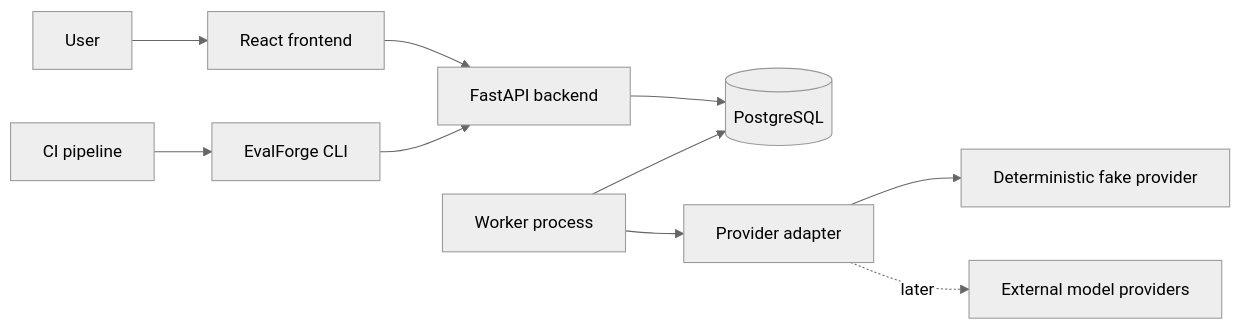
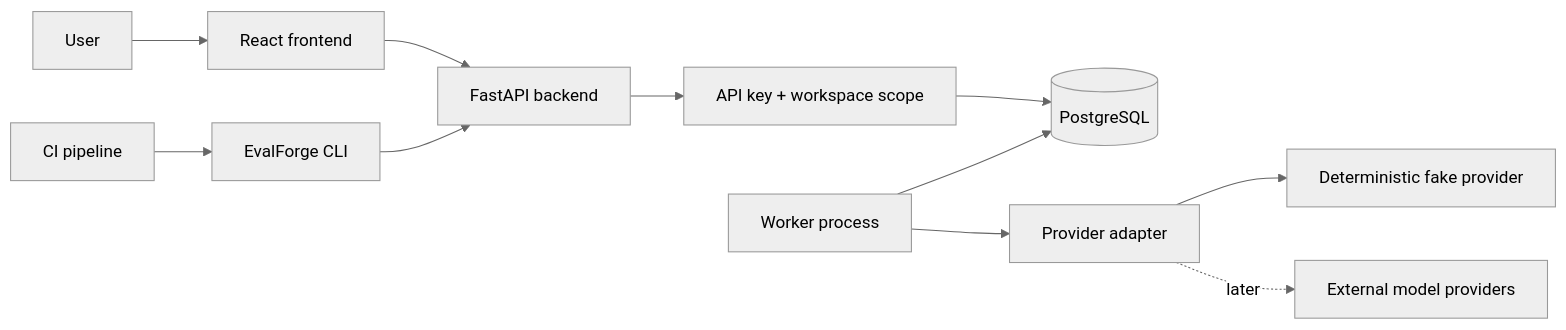
The first of 2 diagrams in docs/architecture.md (AykhanAhmadli/EvalForge), drawn with Mermaid (neutral theme) before and after one commit. The commit also changed other lines of this file and 27 other files, not shown here.

````diff
--- a/docs/architecture.md
+++ b/docs/architecture.md
@@ -19,12 +19,13 @@
 ```mermaid
 flowchart LR
   User["User"] --> Web["React frontend"]
   CI["CI pipeline"] --> CLI["EvalForge CLI"]
   Web --> API["FastAPI backend"]
   CLI --> API
-  API --> DB[("PostgreSQL")]
+  API --> Auth["API key + workspace scope"]
+  Auth --> DB[("PostgreSQL")]
   Worker["Worker process"] --> DB
   Worker --> Adapter["Provider adapter"]
   Adapter --> Fake["Deterministic fake provider"]
   Adapter -. later .-> External["External model providers"]
 ```
````
